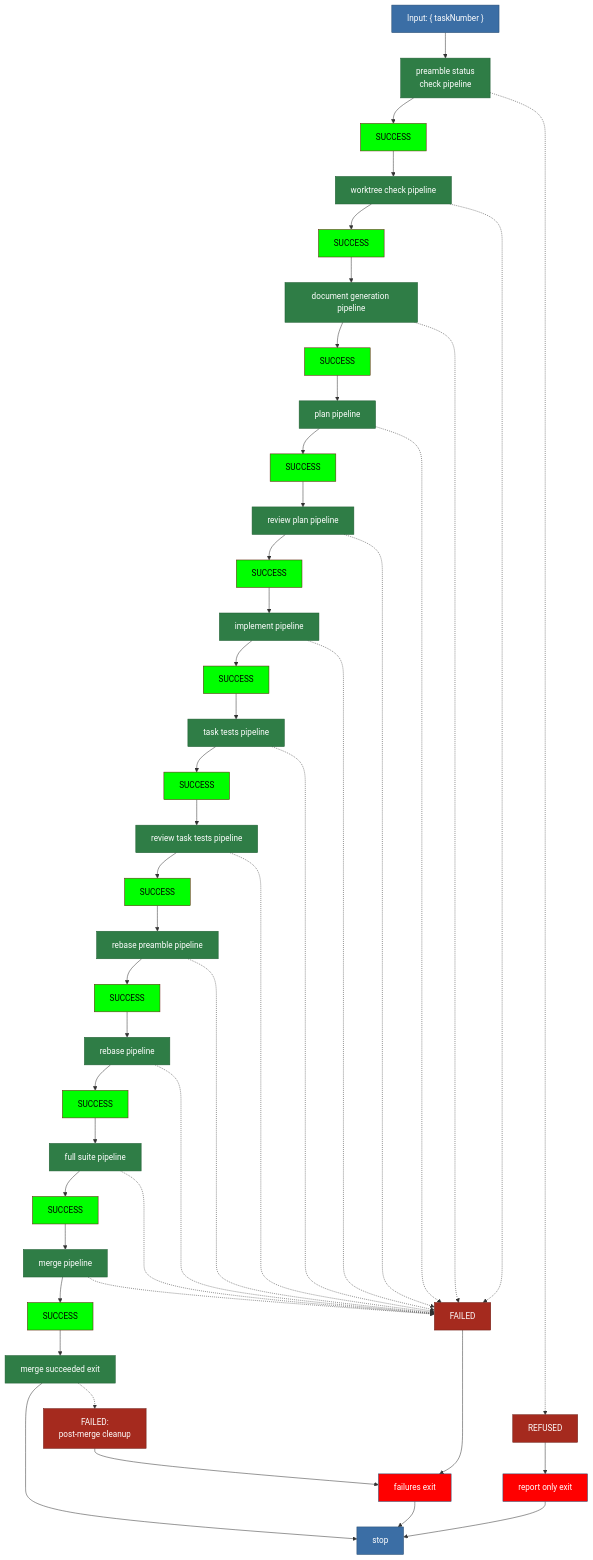
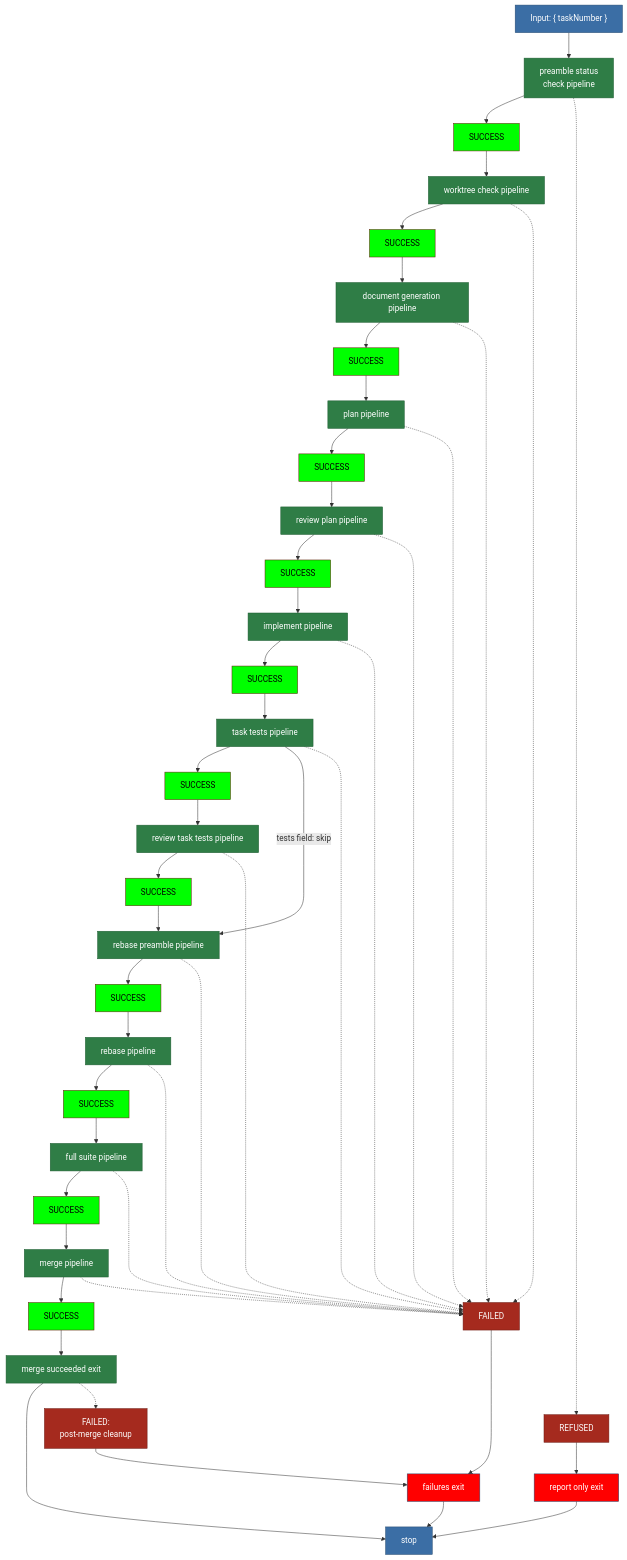
Before and after one commit to matkatmusic/taskTools: the diagram in plans/diagram/_pipeline.mmd, drawn with Mermaid. The commit also changed 20 other files, not shown here.

Commit message:
added skipping of tests when tasks.json entry says "tests: skip"

```diff
--- a/plans/diagram/_pipeline.mmd
+++ b/plans/diagram/_pipeline.mmd
@@ -1,85 +1,86 @@
 flowchart TB
 %% OVERVIEW. One diagram file per pipeline, named pipeline-<blockName>.mmd.
 %% ---
 %% REFUSED covers invalid-number, blocked, already-active, and run-failed before the task is active.
 %% ---
 %% A post-merge cleanup failure can still fail the run after merge succeeds.
 %% ---
 %% Master exit-type list, one per path that reaches [stop]:
 %% ---
 %%   completed            - archived to completedTasks.json. FINAL.
 %% ---
 %%   invalid-number       - not in tasks.json, completedTasks.json not consulted
 %% ---
 %%   already-active       - a previous run left the task active
 %% ---
 %%   blocked              - an open blocker remains
 %% ---
 %%   not-resumable        - a safe worktree holds work no run recorded a stopping point for
 %% ---
 %%   plan-scrapped        - codex did not accept the plan in two reviews
 %% ---
 %%   clarify-stuck        - the planner asked twice for what the docs cannot supply
 %% ---
 %%   tests-red            - task tests still failing after 2 fix attempts
 %% ---
 %%   tests-flagged        - codex flagged the tests twice
 %% ---
 %%   rebase-stuck         - the rebase did not advance after 2 conflict fixes
 %% ---
 %%   suite-red            - full suite still red after 2 fix attempts
 %% ---
 %%   fence-violation      - a change edited files the task does not own
 %% ---
 %%   merge-failed         - nothing landed after 2 attempts
 %% ---
 %%   agent-failed         - an agent returned nothing usable
 %% ---
 %%   partially-published  - some layers landed, some did not. RECOVERY ONLY.
 %% ---
 %%   run-failed           - a script failed operationally, can leave ANY green box
 %% ---
 %% cleanup-incomplete is a repair flag, not an exit type; see the failures exit.
 
   TASK_NUMBER_INPUT["Input: { taskNumber }"] --> PREAMBLE_PIPELINE["preamble status<br/>check pipeline"]
   PREAMBLE_PIPELINE --> PREAMBLE_SUCCESS["SUCCESS"] --> WORKTREE_CHECK_PIPELINE["worktree check pipeline"]
   WORKTREE_CHECK_PIPELINE --> WORKTREE_CHECK_SUCCESS["SUCCESS"] --> DOCUMENT_GENERATION_PIPELINE["document generation pipeline"]
   DOCUMENT_GENERATION_PIPELINE --> DOCUMENT_GENERATION_SUCCESS["SUCCESS"] --> PLAN_PIPELINE["plan pipeline"]
   PLAN_PIPELINE --> PLAN_SUCCESS["SUCCESS"] --> REVIEW_PLAN_PIPELINE["review plan pipeline"]
   REVIEW_PLAN_PIPELINE --> REVIEW_PLAN_SUCCESS["SUCCESS"] --> IMPLEMENT_PIPELINE["implement pipeline"]
   IMPLEMENT_PIPELINE --> IMPLEMENT_SUCCESS["SUCCESS"] --> TASK_TESTS_PIPELINE["task tests pipeline"]
   TASK_TESTS_PIPELINE --> TASK_TESTS_SUCCESS["SUCCESS"] --> REVIEW_TESTS_PIPELINE["review task tests pipeline"]
   REVIEW_TESTS_PIPELINE --> REVIEW_TESTS_SUCCESS["SUCCESS"] --> REBASE_PREAMBLE_PIPELINE["rebase preamble pipeline"]
+  TASK_TESTS_PIPELINE -- "tests field: skip" --> REBASE_PREAMBLE_PIPELINE
   REBASE_PREAMBLE_PIPELINE --> REBASE_PREAMBLE_SUCCESS["SUCCESS"] --> REBASE_PIPELINE["rebase pipeline"]
   REBASE_PIPELINE --> REBASE_SUCCESS["SUCCESS"] --> SUITE_PIPELINE["full suite pipeline"]
   SUITE_PIPELINE --> SUITE_SUCCESS["SUCCESS"] --> MERGE_PIPELINE["merge pipeline"]
   MERGE_PIPELINE --> MERGE_SUCCESS["SUCCESS"] --> EXIT_WORKFLOW_SUCCESS["merge succeeded exit"]
   EXIT_WORKFLOW_SUCCESS --> STOP["stop"]
 
   PREAMBLE_PIPELINE -.-> PREAMBLE_REFUSED["REFUSED"] --> EXIT_WORKFLOW_REPORT_ONLY["report only exit"]
   EXIT_WORKFLOW_REPORT_ONLY --> STOP
   WORKTREE_CHECK_PIPELINE -.-> FAILED
   DOCUMENT_GENERATION_PIPELINE -.-> FAILED
   PLAN_PIPELINE -.-> FAILED
   REVIEW_PLAN_PIPELINE -.-> FAILED
   IMPLEMENT_PIPELINE -.-> FAILED
   TASK_TESTS_PIPELINE -.-> FAILED
   REVIEW_TESTS_PIPELINE -.-> FAILED
   REBASE_PREAMBLE_PIPELINE -.-> FAILED
   REBASE_PIPELINE -.-> FAILED
   SUITE_PIPELINE -.-> FAILED
   MERGE_PIPELINE -.-> FAILED
   FAILED["FAILED"] --> EXIT_WORKFLOW_FAILURE["failures exit"]
   EXIT_WORKFLOW_SUCCESS -.-> CLEANUP_FAIL["FAILED:<br/>post-merge cleanup"] --> EXIT_WORKFLOW_FAILURE
   EXIT_WORKFLOW_FAILURE --> STOP
 
   classDef pipeline fill:#2f7d46,stroke:#1e5c31,color:#ffffff
   classDef output fill:#3b6ea5,stroke:#254a70,color:#ffffff
   classDef fail fill:red,stroke:#254a70,color:#ffffff
   classDef nopass fill:#a52a1e,stroke:#6d1a12,color:#ffffff
   classDef pass fill:#00ff00,stroke:#6d1a12,color:#000000
   class PREAMBLE_PIPELINE,PLAN_PIPELINE,REVIEW_PLAN_PIPELINE,IMPLEMENT_PIPELINE,TASK_TESTS_PIPELINE,REVIEW_TESTS_PIPELINE,REBASE_PREAMBLE_PIPELINE,REBASE_PIPELINE,SUITE_PIPELINE,MERGE_PIPELINE,WORKTREE_CHECK_PIPELINE,DOCUMENT_GENERATION_PIPELINE,EXIT_WORKFLOW_SUCCESS pipeline
   class PREAMBLE_SUCCESS,PLAN_SUCCESS,REVIEW_PLAN_SUCCESS,IMPLEMENT_SUCCESS,TASK_TESTS_SUCCESS,REVIEW_TESTS_SUCCESS,REBASE_PREAMBLE_SUCCESS,REBASE_SUCCESS,SUITE_SUCCESS,MERGE_SUCCESS,WORKTREE_CHECK_SUCCESS,DOCUMENT_GENERATION_SUCCESS pass
   class FAILED,CLEANUP_FAIL,PREAMBLE_REFUSED nopass
   class EXIT_WORKFLOW_FAILURE,EXIT_WORKFLOW_REPORT_ONLY fail
   class TASK_NUMBER_INPUT,STOP output
```
